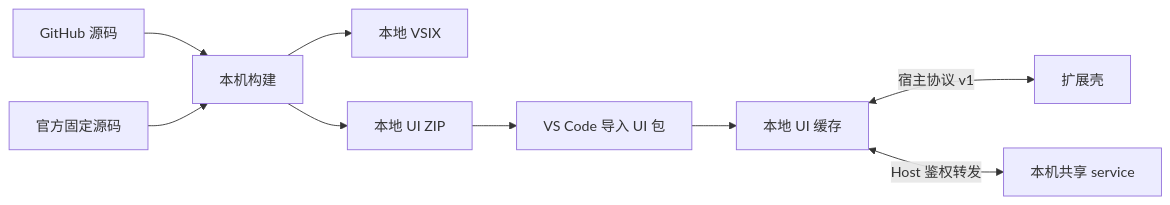
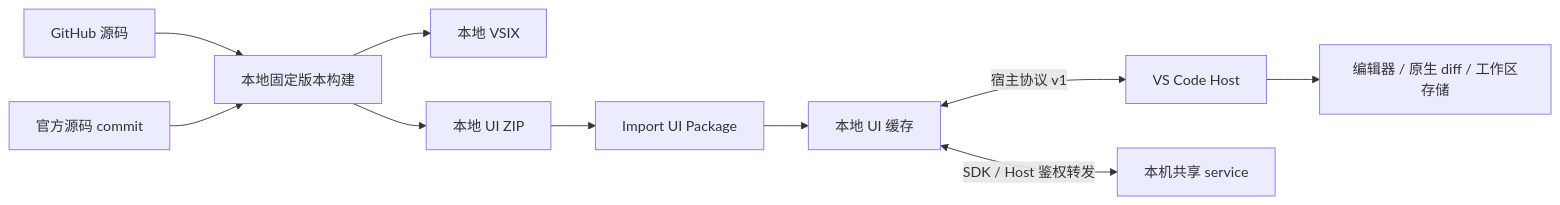
One commit to HunkYuan/opencode-vscode changed the diagram in docs/SOURCE-ONLY.md. Above: the diagram before and after it, drawn with Mermaid. The commit also changed other lines of this file and 29 other files, not shown here.

````diff
--- a/docs/SOURCE-ONLY.md
+++ b/docs/SOURCE-ONLY.md
@@ -29,11 +23,12 @@
 ```mermaid
 flowchart LR
-    Repo[GitHub 源码] --> Build[本机构建]
-    Official[官方固定源码] --> Build
+    Repo[GitHub 源码] --> Build[本地固定版本构建]
+    Official[官方源码 commit] --> Build
     Build --> VSIX[本地 VSIX]
     Build --> ZIP[本地 UI ZIP]
-    ZIP --> Import[VS Code 导入 UI 包]
-    Import --> UI[本地 UI 缓存]
-    UI <-->|宿主协议 v1| Host[扩展壳]
-    UI <-->|Host 鉴权转发| Service[本机共享 service]
+    ZIP --> Import[Import UI Package]
+    Import --> Cache[本地 UI 缓存]
+    Cache <-->|宿主协议 v1| Host[VS Code Host]
+    Cache <-->|SDK / Host 鉴权转发| Service[本机共享 service]
+    Host --> Editor[编辑器 / 原生 diff / 工作区存储]
 ```
````
